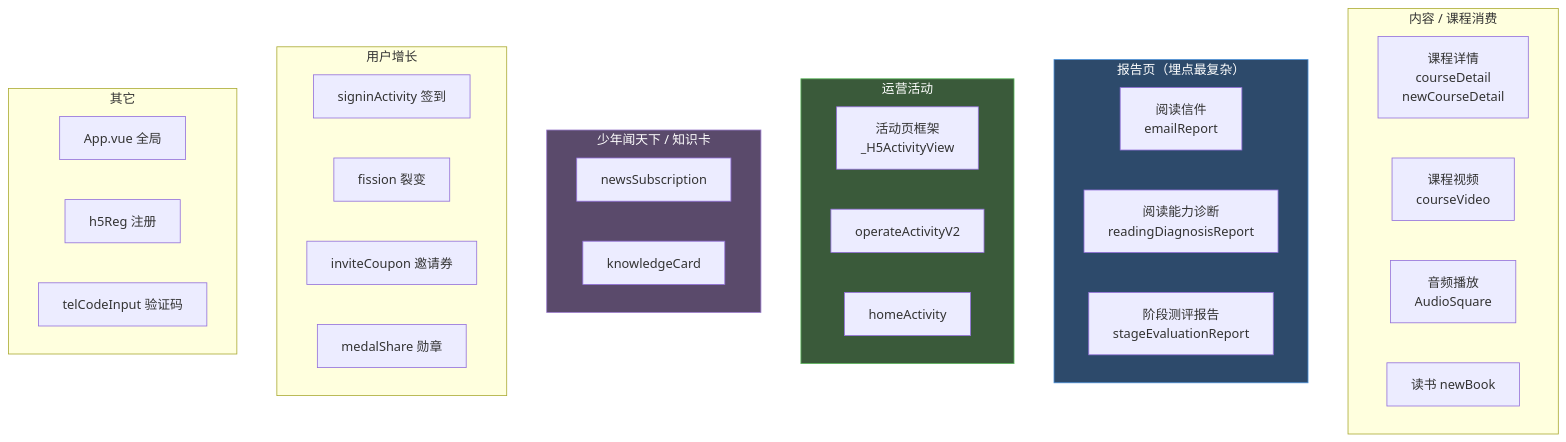
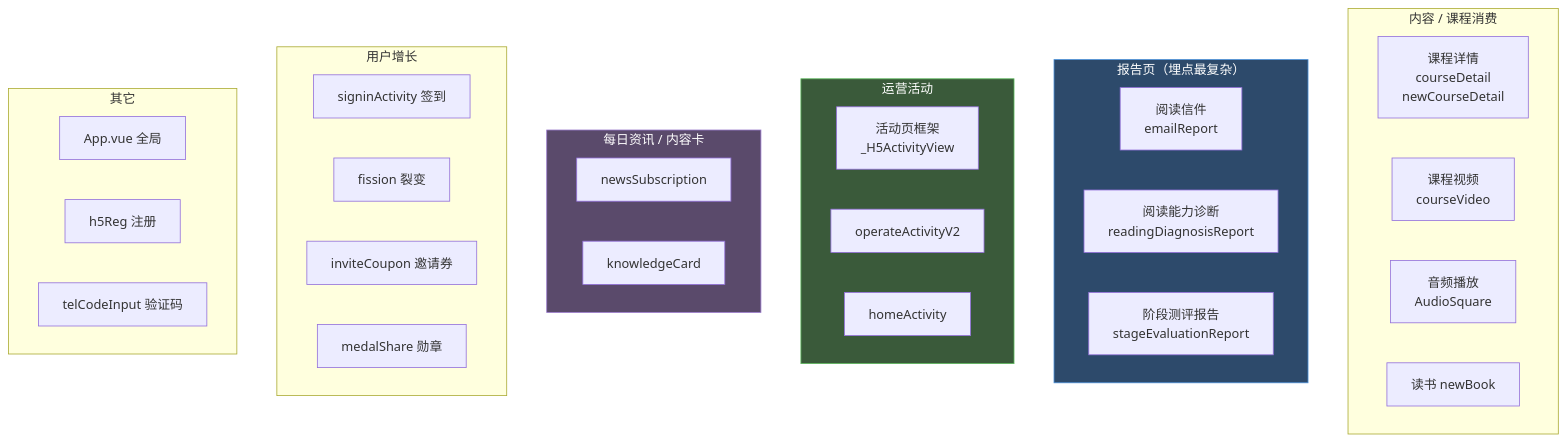
One commit to ye-guan-xing/hugo-main changed the diagram in content/post/埋点点位地图/index.md. Above: the diagram before and after it, drawn with Mermaid. The commit also changed other lines of this file and 9 other files, not shown here.

````diff
--- a/content/post/埋点点位地图/index.md
+++ b/content/post/埋点点位地图/index.md
@@ -18,38 +18,38 @@
 ```mermaid
 flowchart TB
     subgraph 内容消费["内容 / 课程消费"]
         M1["课程详情<br/>courseDetail<br/>newCourseDetail"]
         M2["课程视频<br/>courseVideo"]
         M3["音频播放<br/>AudioSquare"]
         M4["读书 newBook"]
     end
     subgraph 报告页["报告页（埋点最复杂）"]
         R1["阅读信件<br/>emailReport"]
         R2["阅读能力诊断<br/>readingDiagnosisReport"]
         R3["阶段测评报告<br/>stageEvaluationReport"]
     end
     subgraph 运营活动["运营活动"]
         A1["活动页框架<br/>_H5ActivityView"]
         A2["operateActivityV2"]
         A3["homeActivity"]
     end
-    subgraph 新闻知识["少年闻天下 / 知识卡"]
+    subgraph 新闻知识["每日资讯 / 内容卡"]
         N1["newsSubscription"]
         N2["knowledgeCard"]
     end
     subgraph 用户增长["用户增长"]
         U1["signinActivity 签到"]
         U2["fission 裂变"]
         U3["inviteCoupon 邀请券"]
         U4["medalShare 勋章"]
     end
     subgraph 其它["其它"]
         O1["App.vue 全局"]
         O2["h5Reg 注册"]
         O3["telCodeInput 验证码"]
     end
 
     style 报告页 fill:#2d4a6b,color:#fff,stroke:#4a90d9
     style 运营活动 fill:#3a5a3a,color:#fff,stroke:#5cb85c
     style 新闻知识 fill:#5a4a6b,color:#fff,stroke:#9a7acc
 ```
````
